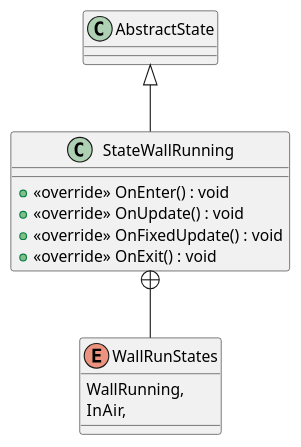
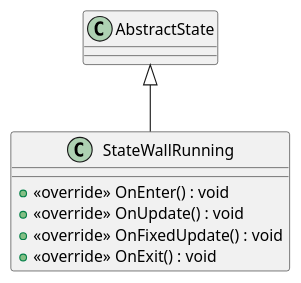
One commit to hiroshi-mcbride/kmgdev-game-arch2 changed the diagram in Assets/UML/Scripts/Movement/States/StateWallRunning.puml. Above: the diagram before and after it, drawn with PlantUML. The commit also changed 30 other files, not shown here.

Commit message:
add IStateRunner fsm dependency. update uml

```diff
--- a/Assets/UML/Scripts/Movement/States/StateWallRunning.puml
+++ b/Assets/UML/Scripts/Movement/States/StateWallRunning.puml
@@ -1,14 +1,9 @@
 @startuml
 class StateWallRunning {
     + <<override>> OnEnter() : void
     + <<override>> OnUpdate() : void
     + <<override>> OnFixedUpdate() : void
     + <<override>> OnExit() : void
 }
-enum WallRunStates {
-    WallRunning,
-    InAir,
-}
 AbstractState <|-- StateWallRunning
-StateWallRunning +-- WallRunStates
 @enduml
```
